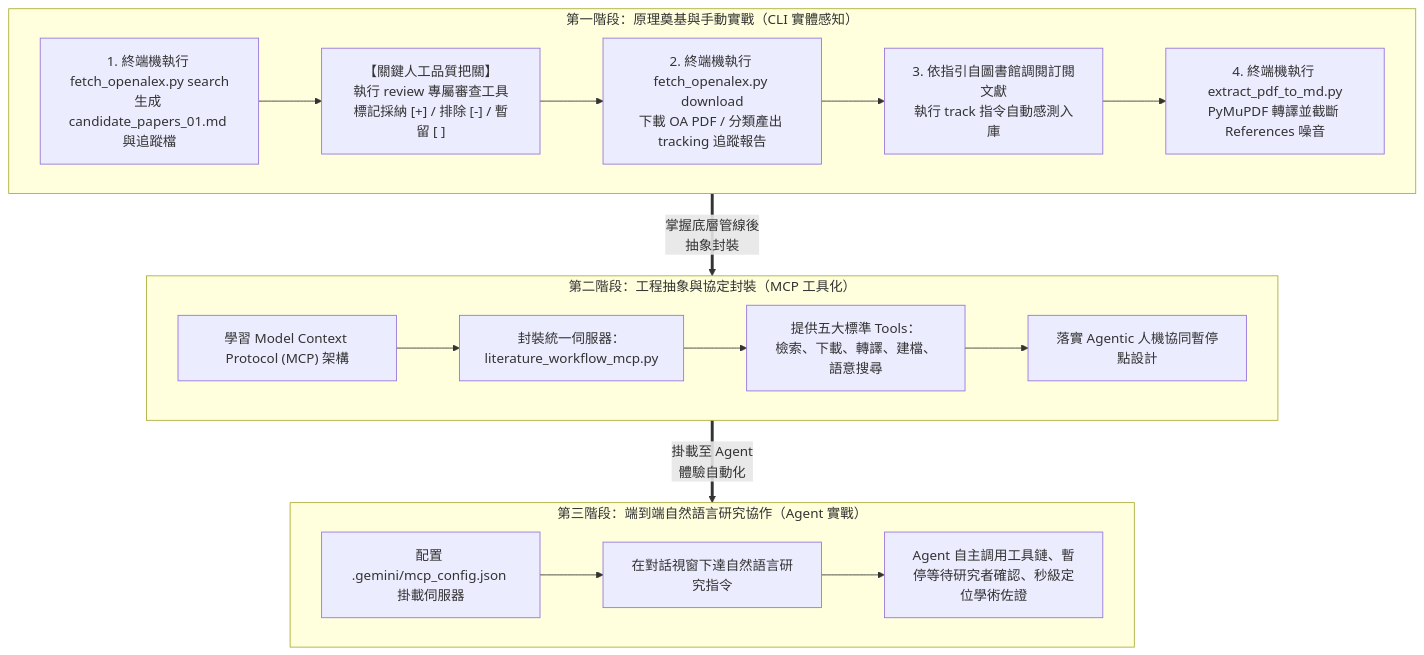
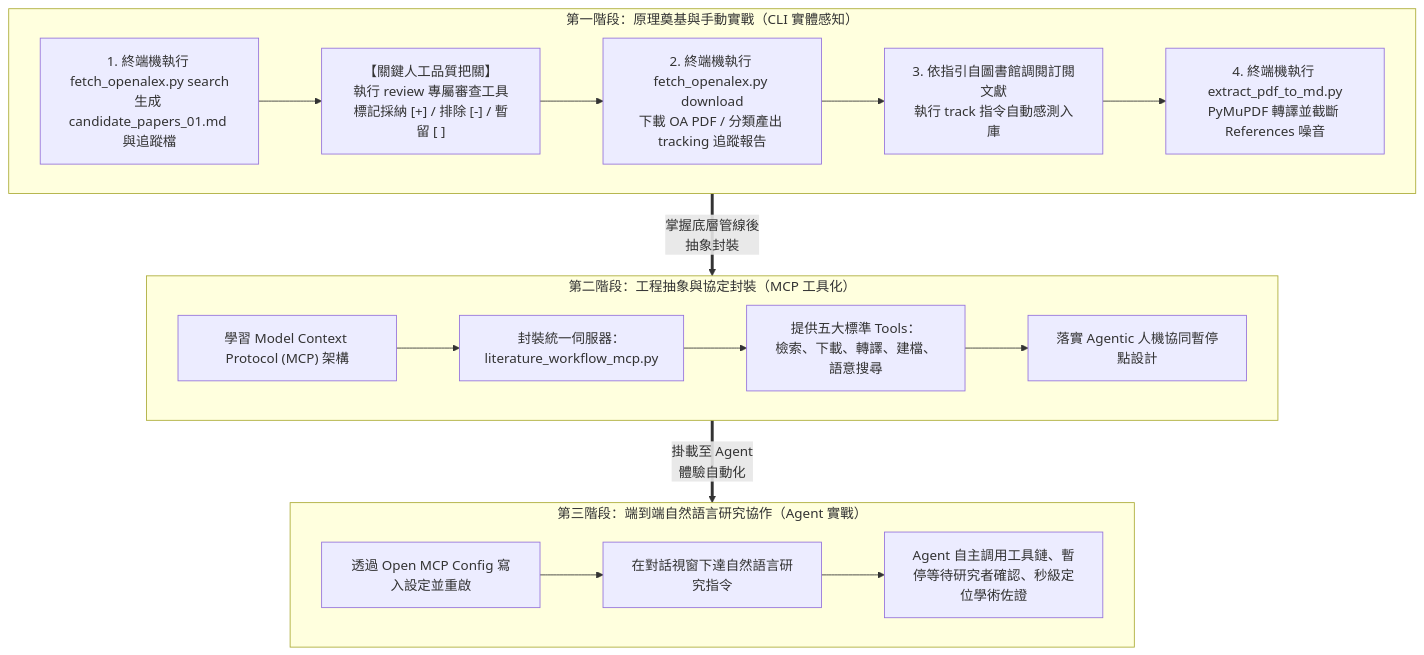
The first of 4 diagrams in 02_智慧文獻爬梳與本機向量化檢索.md (sungchien/literature_agent), drawn with Mermaid before and after one commit. The commit also changed other lines of this file and 10 other files, not shown here.

````diff
--- a/02_智慧文獻爬梳與本機向量化檢索.md
+++ b/02_智慧文獻爬梳與本機向量化檢索.md
@@ -54,24 +54,24 @@
 ```mermaid
 flowchart TD
     subgraph Phase1["第一階段：原理奠基與手動實戰（CLI 實體感知）"]
         P1["1. 終端機執行 fetch_openalex.py search<br/>生成 candidate_papers_01.md 與追蹤檔"] --> P2["【關鍵人工品質把關】<br/>執行 review 專屬審查工具<br/>標記採納 [+] / 排除 [-] / 暫留 [ ]"]
         P2 --> P3["2. 終端機執行 fetch_openalex.py download<br/>下載 OA PDF / 分類產出 tracking 追蹤報告"]
         P3 --> P3_1["3. 依指引自圖書館調閱訂閱文獻<br/>執行 track 指令自動感測入庫"]
         P3_1 --> P4["4. 終端機執行 extract_pdf_to_md.py<br/>PyMuPDF 轉譯並截斷 References 噪音"]
     end
 
     subgraph Phase2["第二階段：工程抽象與協定封裝（MCP 工具化）"]
         M1["學習 Model Context Protocol (MCP) 架構"] --> M2["封裝統一伺服器：literature_workflow_mcp.py"]
         M2 --> M3["提供五大標準 Tools：<br/>檢索、下載、轉譯、建檔、語意搜尋"]
         M3 --> M4["落實 Agentic 人機協同暫停點設計"]
     end
 
     subgraph Phase3["第三階段：端到端自然語言研究協作（Agent 實戰）"]
-        A1["配置 .gemini/mcp_config.json 掛載伺服器"] --> A2["在對話視窗下達自然語言研究指令"]
+        A1["透過 Open MCP Config 寫入設定並重啟"] --> A2["在對話視窗下達自然語言研究指令"]
         A2 --> A3["Agent 自主調用工具鏈、暫停等待研究者確認、秒級定位學術佐證"]
     end
 
     Phase1 ==>|"掌握底層管線後<br/>抽象封裝"| Phase2
     Phase2 ==>|"掛載至 Agent<br/>體驗自動化"| Phase3
 
 ```
````
